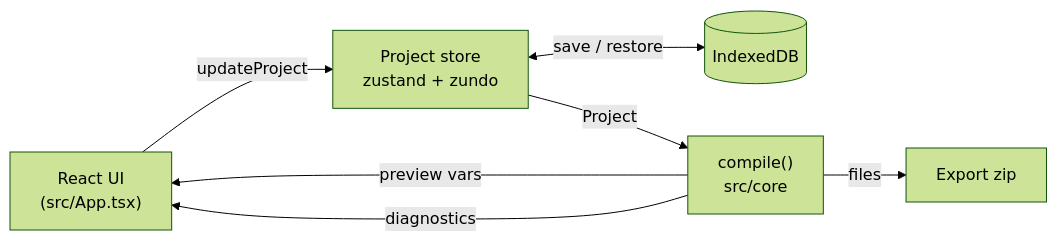
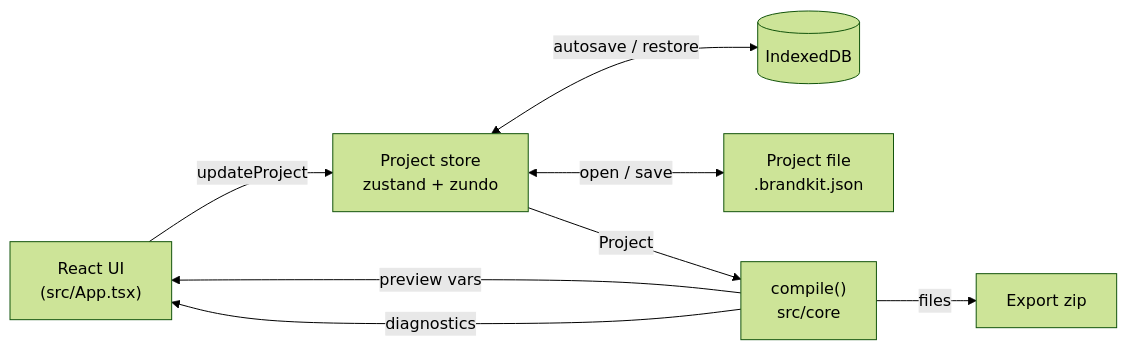
The diagram in README.md (SeeWhatsOn/claude-artifact-design-system-creator), drawn with Mermaid (forest theme) before and after one commit. The commit also changed other lines of this file and 36 other files, not shown here.

````diff
--- a/README.md
+++ b/README.md
@@ -5,9 +5,10 @@
 ```mermaid
 flowchart LR
   UI["React UI<br/>(src/App.tsx)"] -->|updateProject| Store["Project store<br/>zustand + zundo"]
-  Store <-->|save / restore| IDB[(IndexedDB)]
+  Store <-->|autosave / restore| IDB[(IndexedDB)]
+  Store <-->|open / save| File["Project file<br/>.brandkit.json"]
   Store -->|Project| Compile["compile()<br/>src/core"]
   Compile -->|preview vars| UI
   Compile -->|diagnostics| UI
   Compile -->|files| Zip["Export zip"]
 ```
````
